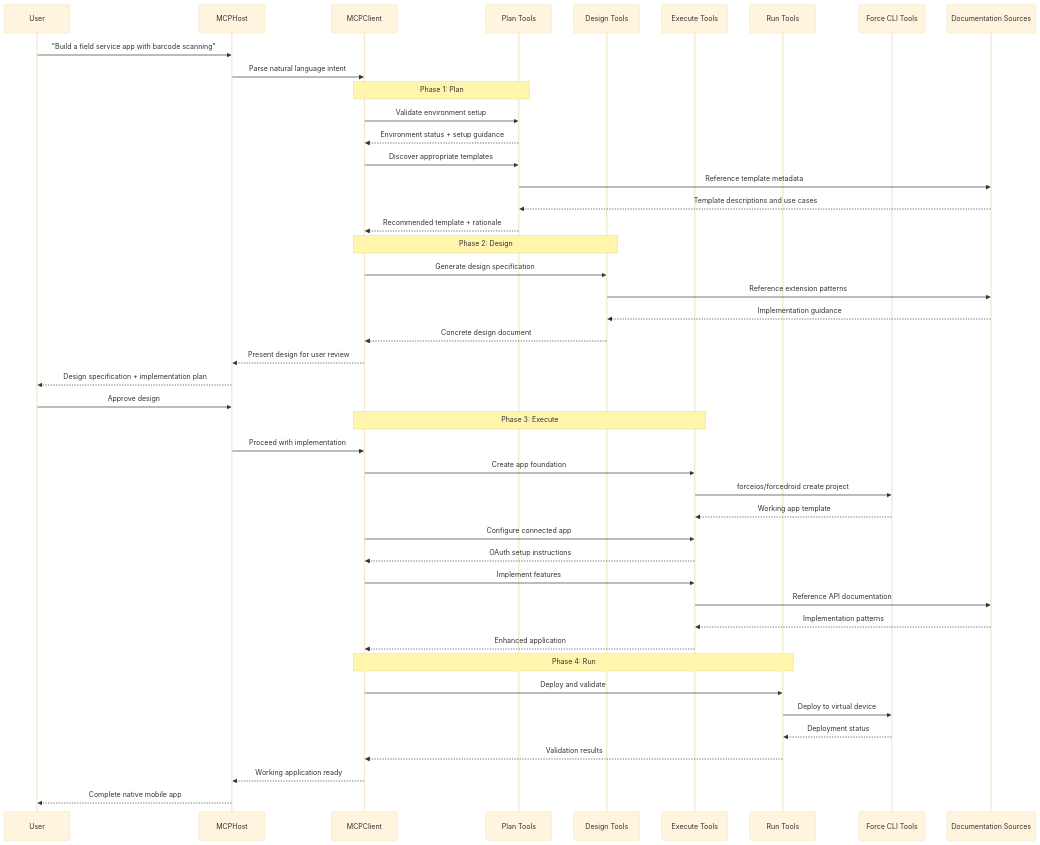
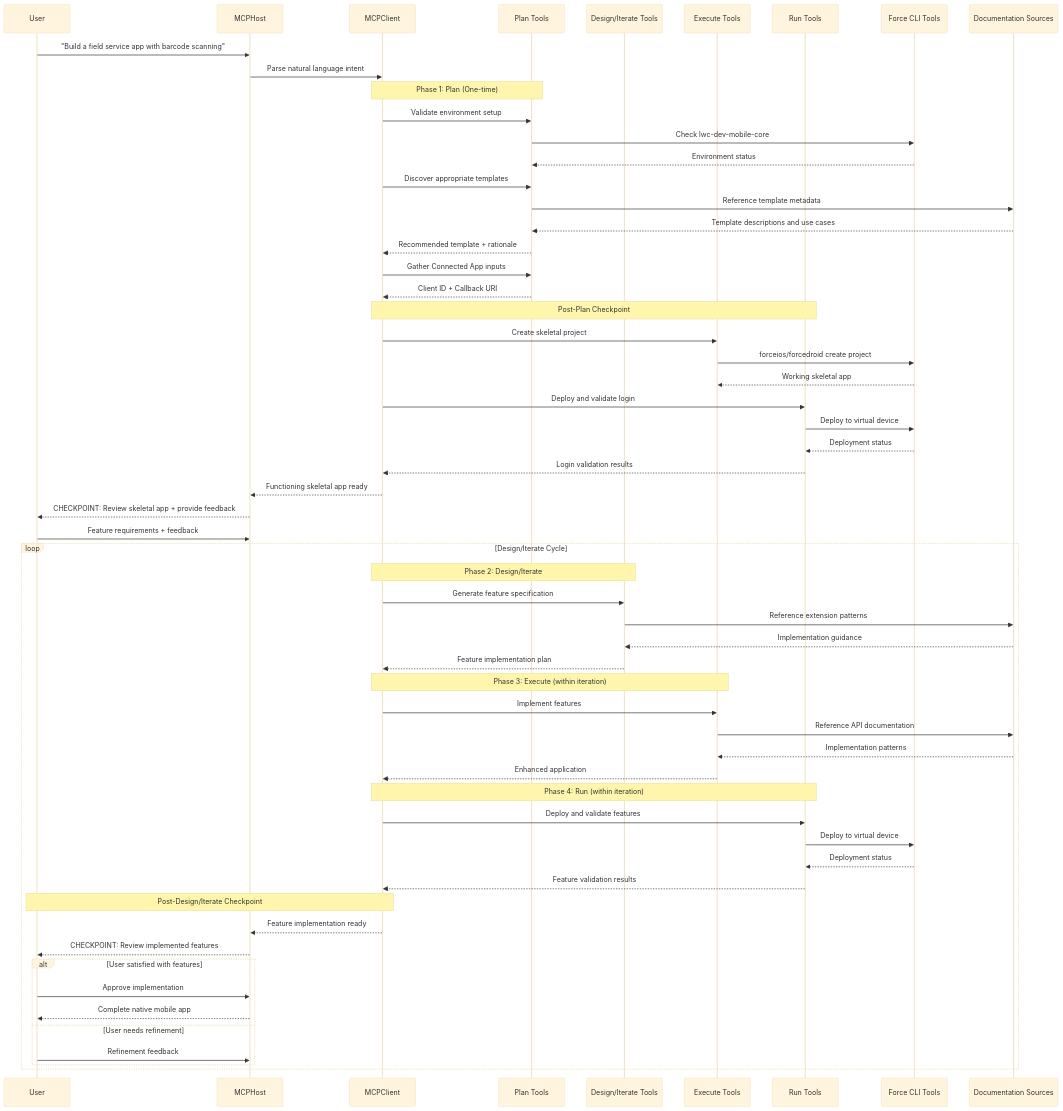
Before and after one commit to khawkins/mobile-mcp-tools: the second of 2 diagrams in docs/5_mobile_native_app_generation.md, drawn with Mermaid (base theme). The commit also changed other lines of this file, not shown here.

Commit message:
Adding workflow considerations, Plan phase details

````diff
--- a/docs/5_mobile_native_app_generation.md
+++ b/docs/5_mobile_native_app_generation.md
@@ -107,52 +195,70 @@
 ```mermaid
 sequenceDiagram
     participant User
     participant MCPHost
     participant MCPClient
     participant PlanTools as Plan Tools
-    participant DesignTools as Design Tools
+    participant DesignTools as Design/Iterate Tools
     participant ExecuteTools as Execute Tools
     participant RunTools as Run Tools
     participant CLI as Force CLI Tools
     participant Docs as Documentation Sources
 
     User->>MCPHost: "Build a field service app with barcode scanning"
     MCPHost->>MCPClient: Parse natural language intent
 
-    Note over MCPClient,PlanTools: Phase 1: Plan
+    Note over MCPClient,PlanTools: Phase 1: Plan (One-time)
     MCPClient->>PlanTools: Validate environment setup
-    PlanTools-->>MCPClient: Environment status + setup guidance
+    PlanTools->>CLI: Check lwc-dev-mobile-core
+    CLI-->>PlanTools: Environment status
     MCPClient->>PlanTools: Discover appropriate templates
     PlanTools->>Docs: Reference template metadata
     Docs-->>PlanTools: Template descriptions and use cases
     PlanTools-->>MCPClient: Recommended template + rationale
+    MCPClient->>PlanTools: Gather Connected App inputs
+    PlanTools-->>MCPClient: Client ID + Callback URI
 
-    Note over MCPClient,DesignTools: Phase 2: Design
-    MCPClient->>DesignTools: Generate design specification
-    DesignTools->>Docs: Reference extension patterns
-    Docs-->>DesignTools: Implementation guidance
-    DesignTools-->>MCPClient: Concrete design document
-    MCPClient-->>MCPHost: Present design for user review
-    MCPHost-->>User: Design specification + implementation plan
-    User->>MCPHost: Approve design
-
-    Note over MCPClient,ExecuteTools: Phase 3: Execute
-    MCPHost->>MCPClient: Proceed with implementation
-    MCPClient->>ExecuteTools: Create app foundation
+    Note over MCPClient,RunTools: Post-Plan Checkpoint
+    MCPClient->>ExecuteTools: Create skeletal project
     ExecuteTools->>CLI: forceios/forcedroid create project
-    CLI-->>ExecuteTools: Working app template
-    MCPClient->>ExecuteTools: Configure connected app
-    ExecuteTools-->>MCPClient: OAuth setup instructions
-    MCPClient->>ExecuteTools: Implement features
-    ExecuteTools->>Docs: Reference API documentation
-    Docs-->>ExecuteTools: Implementation patterns
-    ExecuteTools-->>MCPClient: Enhanced application
-
-    Note over MCPClient,RunTools: Phase 4: Run
-    MCPClient->>RunTools: Deploy and validate
+    CLI-->>ExecuteTools: Working skeletal app
+    MCPClient->>RunTools: Deploy and validate login
     RunTools->>CLI: Deploy to virtual device
     CLI-->>RunTools: Deployment status
-    RunTools-->>MCPClient: Validation results
-    MCPClient-->>MCPHost: Working application ready
-    MCPHost-->>User: Complete native mobile app
+    RunTools-->>MCPClient: Login validation results
+    MCPClient-->>MCPHost: Functioning skeletal app ready
+    MCPHost-->>User: CHECKPOINT: Review skeletal app + provide feedback
+
+    User->>MCPHost: Feature requirements + feedback
+
+    loop Design/Iterate Cycle
+        Note over MCPClient,DesignTools: Phase 2: Design/Iterate
+        MCPClient->>DesignTools: Generate feature specification
+        DesignTools->>Docs: Reference extension patterns
+        Docs-->>DesignTools: Implementation guidance
+        DesignTools-->>MCPClient: Feature implementation plan
+
+        Note over MCPClient,ExecuteTools: Phase 3: Execute (within iteration)
+        MCPClient->>ExecuteTools: Implement features
+        ExecuteTools->>Docs: Reference API documentation
+        Docs-->>ExecuteTools: Implementation patterns
+        ExecuteTools-->>MCPClient: Enhanced application
+
+        Note over MCPClient,RunTools: Phase 4: Run (within iteration)
+        MCPClient->>RunTools: Deploy and validate features
+        RunTools->>CLI: Deploy to virtual device
+        CLI-->>RunTools: Deployment status
+        RunTools-->>MCPClient: Feature validation results
+
+        Note over MCPClient,User: Post-Design/Iterate Checkpoint
+        MCPClient-->>MCPHost: Feature implementation ready
+        MCPHost-->>User: CHECKPOINT: Review implemented features
+
+        alt User satisfied with features
+            User->>MCPHost: Approve implementation
+            MCPHost-->>User: Complete native mobile app
+        else User needs refinement
+            User->>MCPHost: Refinement feedback
+        end
+    end
 ```
````
